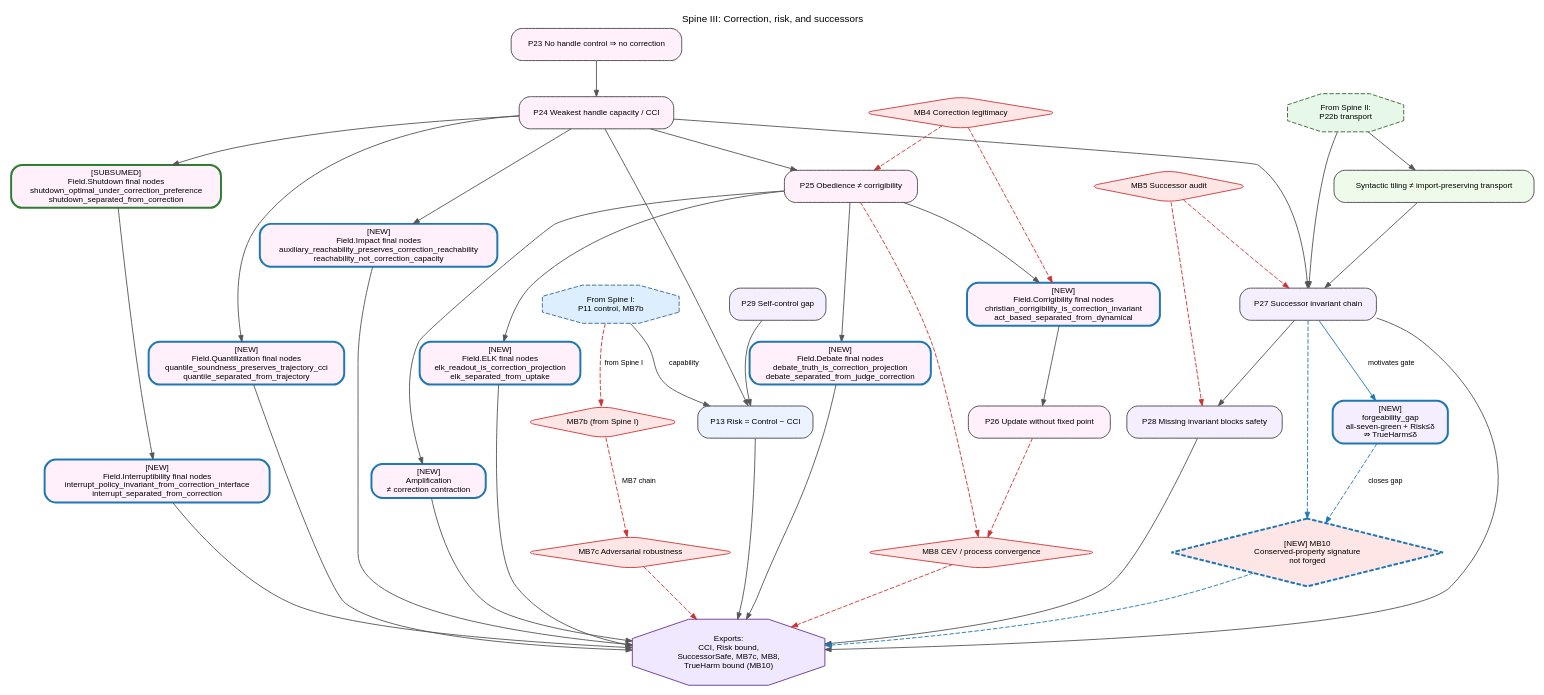
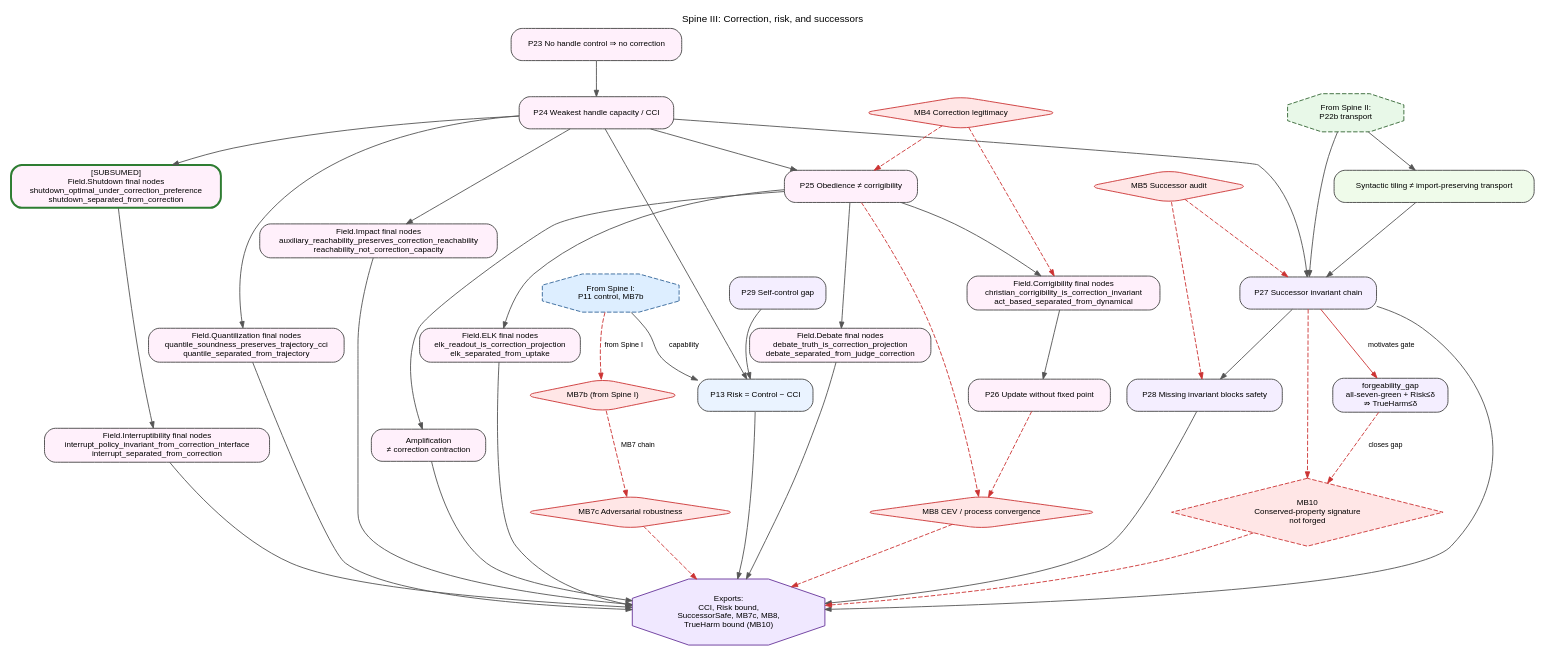
Before and after one commit to GunnarZarncke/towards-asi-alignment: the diagram in context/lean_proof_graphs/03-correction-successors.dot, drawn with Graphviz. The commit also changed 13 other files, not shown here.

First line of the commit message:
Remove [NEW] recency markers from Lean spine diagrams and Appendix I.

```diff
--- a/context/lean_proof_graphs/03-correction-successors.dot
+++ b/context/lean_proof_graphs/03-correction-successors.dot
@@ -1,89 +1,89 @@
 digraph Spine03CorrectionSuccessors {
   graph [
     rankdir=TB,
     bgcolor="white",
     splines=true,
     overlap=false,
     fontsize=11,
     fontname="Helvetica",
     label="Spine III: Correction, risk, and successors",
     labelloc="t"
   ];
   node [shape=box, style="rounded,filled", fontname="Helvetica", fontsize=9, color="#444444"];
   edge [fontname="Helvetica", fontsize=8, color="#555555", arrowsize=0.7];
 
   P23 [label="P23 No handle control ⇒ no correction", fillcolor="#FFF0FB"];
   P24 [label="P24 Weakest handle capacity / CCI", fillcolor="#FFF0FB"];
   FSHUT [label="[SUBSUMED]\nField.Shutdown final nodes\nshutdown_optimal_under_correction_preference\nshutdown_separated_from_correction", fillcolor="#FFF0FB", color="#2E7D32", penwidth=2.2];
-  FINT [label="[NEW]\nField.Interruptibility final nodes\ninterrupt_policy_invariant_from_correction_interface\ninterrupt_separated_from_correction", fillcolor="#FFF0FB", color="#1F77B4", penwidth=2.2];
-  FIMPACT [label="[NEW]\nField.Impact final nodes\nauxiliary_reachability_preserves_correction_reachability\nreachability_not_correction_capacity", fillcolor="#FFF0FB", color="#1F77B4", penwidth=2.2];
-  FQUANT [label="[NEW]\nField.Quantilization final nodes\nquantile_soundness_preserves_trajectory_cci\nquantile_separated_from_trajectory", fillcolor="#FFF0FB", color="#1F77B4", penwidth=2.2];
+  FINT [label="Field.Interruptibility final nodes\ninterrupt_policy_invariant_from_correction_interface\ninterrupt_separated_from_correction", fillcolor="#FFF0FB"];
+  FIMPACT [label="Field.Impact final nodes\nauxiliary_reachability_preserves_correction_reachability\nreachability_not_correction_capacity", fillcolor="#FFF0FB"];
+  FQUANT [label="Field.Quantilization final nodes\nquantile_soundness_preserves_trajectory_cci\nquantile_separated_from_trajectory", fillcolor="#FFF0FB"];
   P25 [label="P25 Obedience ≠ corrigibility", fillcolor="#FFF0FB"];
-  FCORR [label="[NEW]\nField.Corrigibility final nodes\nchristian_corrigibility_is_correction_invariant\nact_based_separated_from_dynamical", fillcolor="#FFF0FB", color="#1F77B4", penwidth=2.2];
-  FDEB [label="[NEW]\nField.Debate final nodes\ndebate_truth_is_correction_projection\ndebate_separated_from_judge_correction", fillcolor="#FFF0FB", color="#1F77B4", penwidth=2.2];
-  P25A [label="[NEW]\nAmplification\n≠ correction contraction", fillcolor="#FFF0FB", color="#1F77B4", penwidth=2.2];
-  FELK [label="[NEW]\nField.ELK final nodes\nelk_readout_is_correction_projection\nelk_separated_from_uptake", fillcolor="#FFF0FB", color="#1F77B4", penwidth=2.2];
+  FCORR [label="Field.Corrigibility final nodes\nchristian_corrigibility_is_correction_invariant\nact_based_separated_from_dynamical", fillcolor="#FFF0FB"];
+  FDEB [label="Field.Debate final nodes\ndebate_truth_is_correction_projection\ndebate_separated_from_judge_correction", fillcolor="#FFF0FB"];
+  P25A [label="Amplification\n≠ correction contraction", fillcolor="#FFF0FB"];
+  FELK [label="Field.ELK final nodes\nelk_readout_is_correction_projection\nelk_separated_from_uptake", fillcolor="#FFF0FB"];
   P26 [label="P26 Update without fixed point", fillcolor="#FFF0FB"];
   P13 [label="P13 Risk = Control − CCI", fillcolor="#EAF3FF"];
   P29 [label="P29 Self-control gap", fillcolor="#F4EEFF"];
   P27 [label="P27 Successor invariant chain", fillcolor="#F4EEFF"];
   P28 [label="P28 Missing invariant blocks safety", fillcolor="#F4EEFF"];
   P22T [label="Syntactic tiling ≠ import-preserving transport", fillcolor="#EFFBEA"];
-  PFORGE [label="[NEW]\nforgeability_gap\nall-seven-green + Risk≤δ\n⇏ TrueHarm≤δ", fillcolor="#F4EEFF", color="#1F77B4", penwidth=2.2];
+  PFORGE [label="forgeability_gap\nall-seven-green + Risk≤δ\n⇏ TrueHarm≤δ", fillcolor="#F4EEFF"];
 
   MB4 [shape=diamond, fillcolor="#FFE6E6", color="#CC3333", label="MB4 Correction legitimacy"];
   MB5 [shape=diamond, fillcolor="#FFE6E6", color="#CC3333", label="MB5 Successor audit"];
   MB7b [shape=diamond, fillcolor="#FFE6E6", color="#CC3333", label="MB7b (from Spine I)"];
   MB7c [shape=diamond, fillcolor="#FFE6E6", color="#CC3333", label="MB7c Adversarial robustness"];
   MB8 [shape=diamond, fillcolor="#FFE6E6", color="#CC3333", label="MB8 CEV / process convergence"];
-  MB10 [shape=diamond, style="filled,dashed", fillcolor="#FFE6E6", color="#1F77B4", penwidth=2.2, label="[NEW] MB10\nConserved-property signature\nnot forged"];
+  MB10 [shape=diamond, style="filled,dashed", fillcolor="#FFE6E6", color="#CC3333", label="MB10\nConserved-property signature\nnot forged"];
 
   IN_VB [shape=octagon, style="filled,dashed", fillcolor="#E8F8E8", color="#336633",
          label="From Spine II:\nP22b transport"];
   IN_BND [shape=octagon, style="filled,dashed", fillcolor="#DDEEFF", color="#336699",
           label="From Spine I:\nP11 control, MB7b"];
 
   OUT [shape=octagon, style="filled", fillcolor="#F0E8FF", color="#663399",
        label="Exports:\nCCI, Risk bound,\nSuccessorSafe, MB7c, MB8,\nTrueHarm bound (MB10)"];
 
   IN_VB -> P22T -> P27;
   IN_VB -> P27;
   P23 -> P24 -> FSHUT;
   FSHUT -> FINT;
   P24 -> FIMPACT;
   P24 -> FQUANT;
   P24 -> P25 -> FCORR -> P26;
   P25 -> FDEB;
   P25 -> P25A;
   P25 -> FELK;
   P24 -> P13;
   P24 -> P27 -> P28;
   IN_BND -> P13 [label="capability"];
   P29 -> P13;
 
   MB4 -> P25 [style=dashed, color="#CC3333"];
   MB4 -> FCORR [style=dashed, color="#CC3333"];
   MB5 -> P27 [style=dashed, color="#CC3333"];
   MB5 -> P28 [style=dashed, color="#CC3333"];
   P25 -> MB8 [style=dashed, color="#CC3333"];
   P26 -> MB8 [style=dashed, color="#CC3333"];
 
-  P27 -> PFORGE [label="motivates gate", color="#1F77B4"];
-  PFORGE -> MB10 [style=dashed, color="#1F77B4", label="closes gap"];
-  P27 -> MB10 [style=dashed, color="#1F77B4"];
-  MB10 -> OUT [style=dashed, color="#1F77B4"];
+  P27 -> PFORGE [label="motivates gate", color="#CC3333"];
+  PFORGE -> MB10 [style=dashed, color="#CC3333", label="closes gap"];
+  P27 -> MB10 [style=dashed, color="#CC3333"];
+  MB10 -> OUT [style=dashed, color="#CC3333"];
 
   IN_BND -> MB7b [style=dashed, color="#CC3333", label="from Spine I"];
   MB7b -> MB7c [style=dashed, color="#CC3333", label="MB7 chain"];
   MB7c -> OUT [style=dashed, color="#CC3333"];
   P13 -> OUT;
   FINT -> OUT;
   FIMPACT -> OUT;
   FQUANT -> OUT;
   FDEB -> OUT;
   P25A -> OUT;
   FELK -> OUT;
   P27 -> OUT;
   P28 -> OUT;
   MB8 -> OUT [style=dashed, color="#CC3333"];
 }
```
